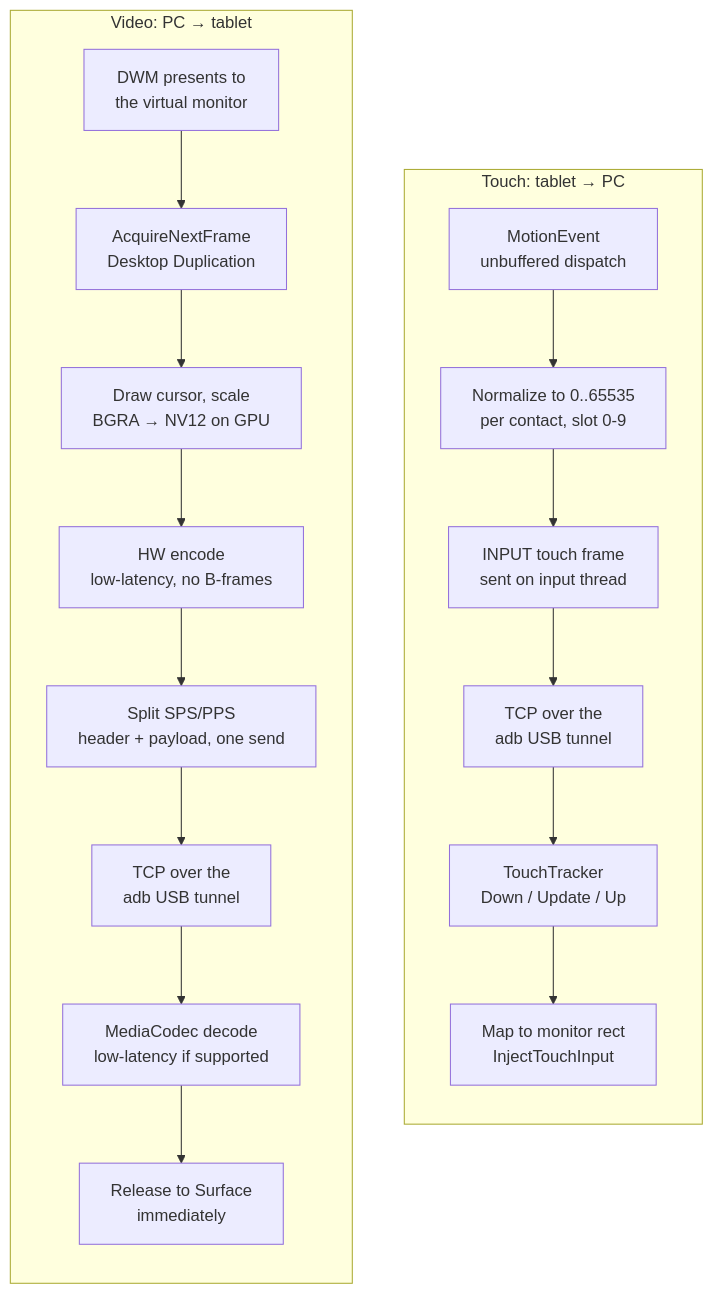
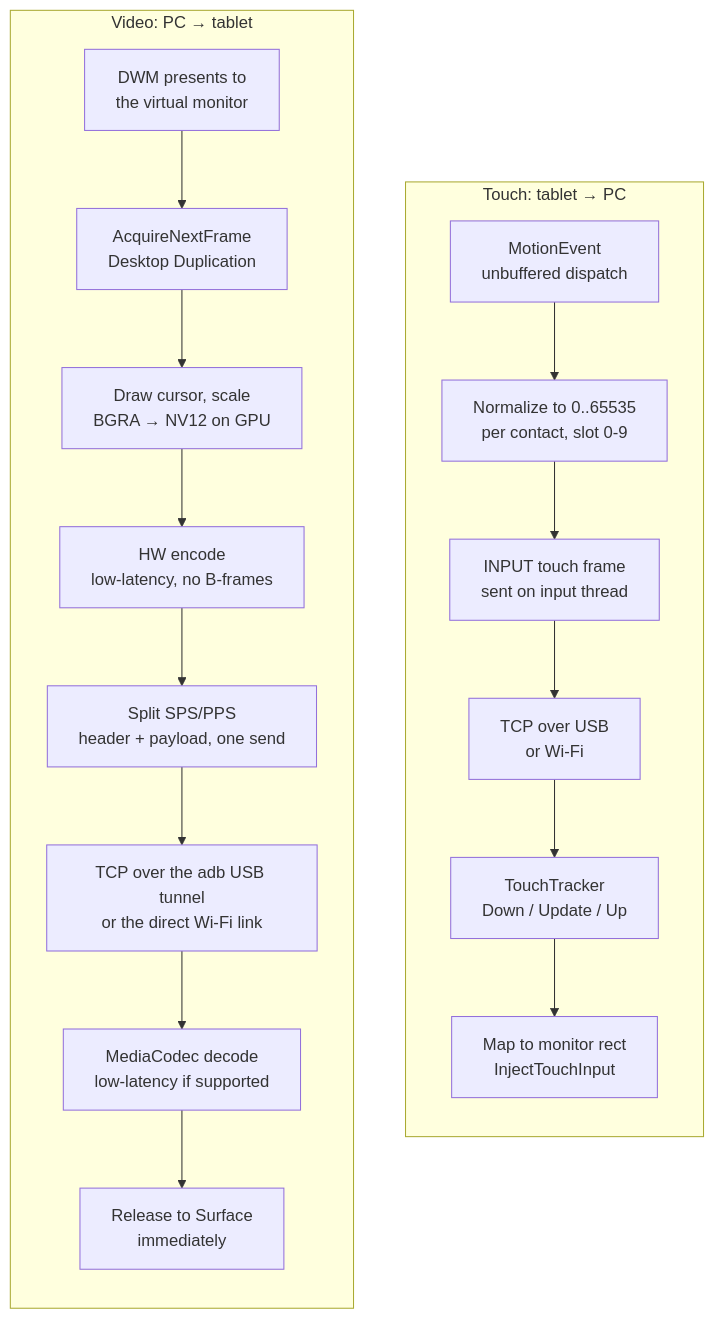
The third of 5 diagrams in README.md (zengarv/DeuxDisplay), drawn with Mermaid before and after one commit. The commit also changed other lines of this file and 7 other files, not shown here.

````diff
--- a/README.md
+++ b/README.md
@@ -117,24 +136,24 @@
 ```mermaid
 flowchart LR
     subgraph Video["Video: PC → tablet"]
         direction TB
         V1["DWM presents to<br/>the virtual monitor"] --> V2["AcquireNextFrame<br/>Desktop Duplication"]
         V2 --> V3["Draw cursor, scale<br/>BGRA → NV12 on GPU"]
         V3 --> V4["HW encode<br/>low-latency, no B-frames"]
         V4 --> V5["Split SPS/PPS<br/>header + payload, one send"]
-        V5 --> V6["TCP over the<br/>adb USB tunnel"]
+        V5 --> V6["TCP over the adb USB tunnel<br/>or the direct Wi-Fi link"]
         V6 --> V7["MediaCodec decode<br/>low-latency if supported"]
         V7 --> V8["Release to Surface<br/>immediately"]
     end
 
     subgraph Touch["Touch: tablet → PC"]
         direction TB
         T1["MotionEvent<br/>unbuffered dispatch"] --> T2["Normalize to 0..65535<br/>per contact, slot 0-9"]
         T2 --> T3["INPUT touch frame<br/>sent on input thread"]
-        T3 --> T4["TCP over the<br/>adb USB tunnel"]
+        T3 --> T4["TCP over USB<br/>or Wi-Fi"]
         T4 --> T5["TouchTracker<br/>Down / Update / Up"]
         T5 --> T6["Map to monitor rect<br/>InjectTouchInput"]
     end
 
     Video ~~~ Touch
 ```
````
